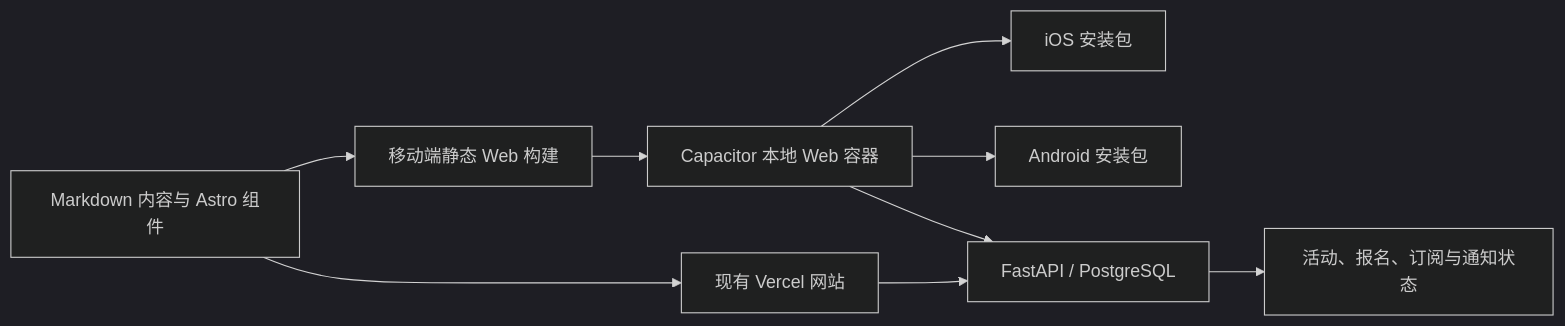
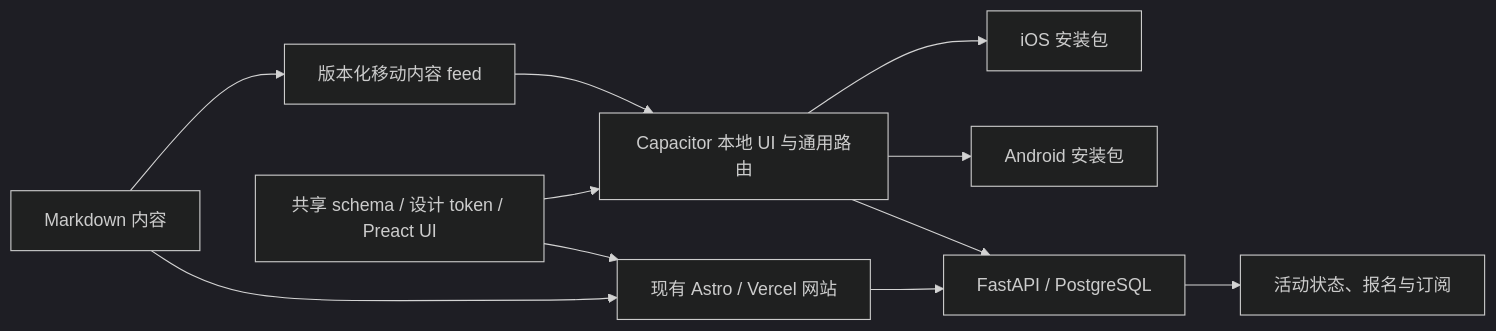
Before and after one commit to GenLI3202/acc_clubhub: the diagram in docs/decisions/mobile_app_packaging.md, drawn with Mermaid (dark theme). The commit also changed other lines of this file, not shown here.

Commit message:
docs(mobile): refine app architecture

````diff
--- a/docs/decisions/mobile_app_packaging.md
+++ b/docs/decisions/mobile_app_packaging.md
@@ -60,11 +70,13 @@
 ```mermaid
 flowchart LR
-    C[Markdown 内容与 Astro 组件] --> W[现有 Vercel 网站]
-    C --> M[移动端静态 Web 构建]
-    M --> N[Capacitor 本地 Web 容器]
+    C[Markdown 内容] --> W[现有 Astro / Vercel 网站]
+    C --> F[版本化移动内容 feed]
+    U[共享 schema / 设计 token / Preact UI] --> W
+    U --> N[Capacitor 本地 UI 与通用路由]
+    F --> N
     N --> I[iOS 安装包]
     N --> A[Android 安装包]
     W --> B[FastAPI / PostgreSQL]
     N --> B
-    B --> P[活动、报名、订阅与通知状态]
+    B --> P[活动状态、报名与订阅]
 ```
````
